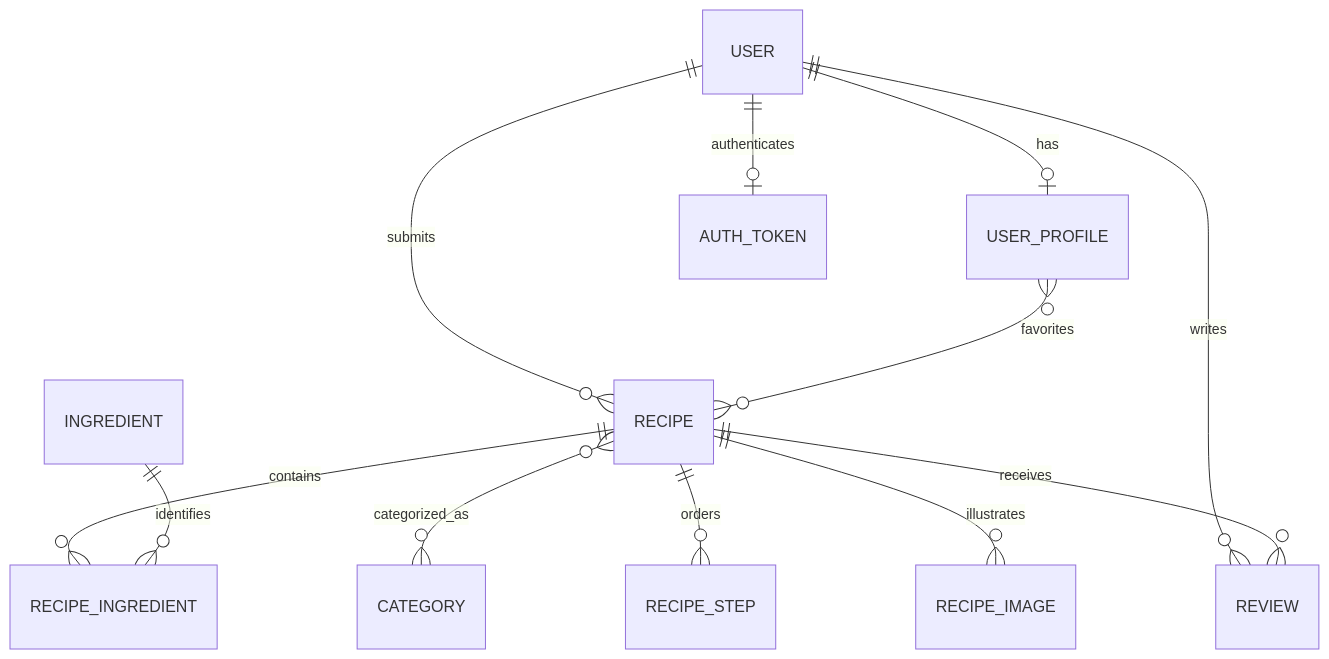
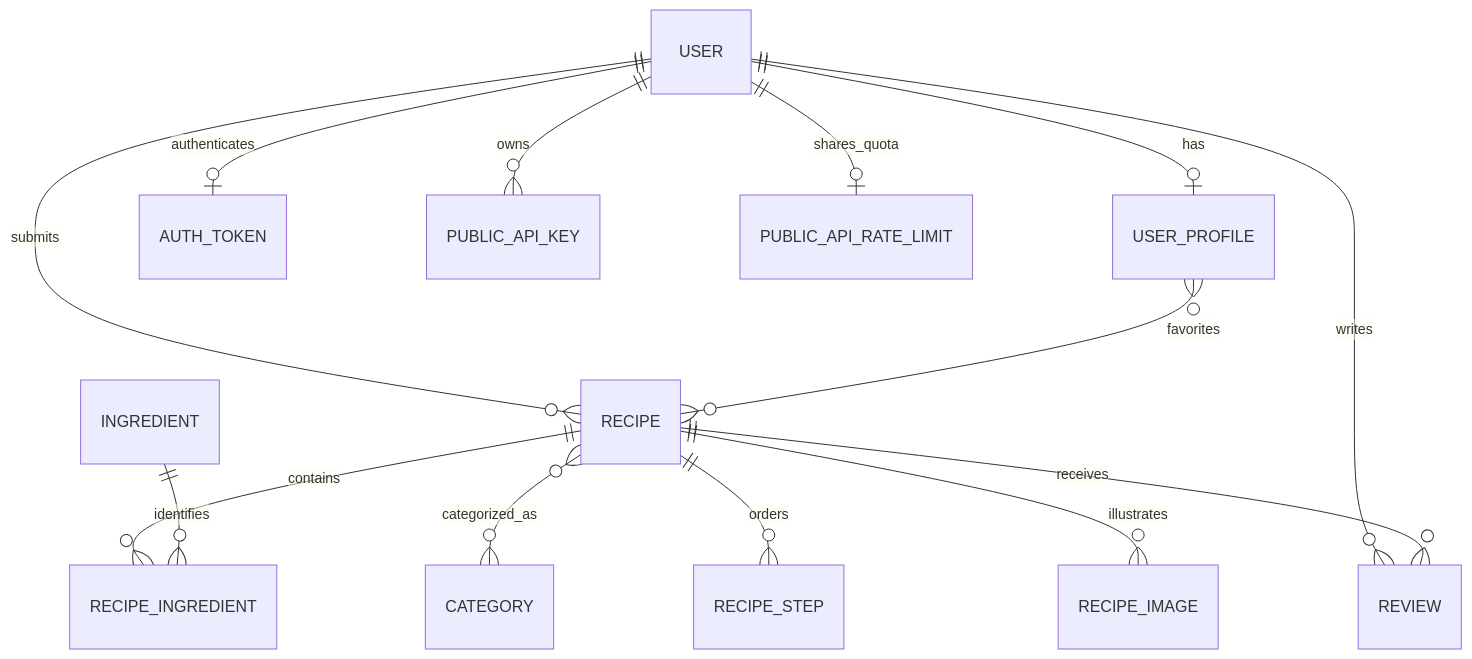
The diagram in README.md (theetom/transcendence_aggregate), drawn with Mermaid before and after one commit. The commit also changed other lines of this file and 32 other files, not shown here.

Commit message:
Add secured public recipe API with rate limiting and account key controls

````diff
--- a/README.md
+++ b/README.md
@@ -153,14 +153,16 @@
 ```mermaid
 erDiagram
     USER ||--o| USER_PROFILE : has
     USER ||--o| AUTH_TOKEN : authenticates
+    USER ||--o{ PUBLIC_API_KEY : owns
+    USER ||--o| PUBLIC_API_RATE_LIMIT : shares_quota
     USER ||--o{ RECIPE : submits
     USER ||--o{ REVIEW : writes
     USER_PROFILE }o--o{ RECIPE : favorites
     RECIPE ||--o{ RECIPE_INGREDIENT : contains
     INGREDIENT ||--o{ RECIPE_INGREDIENT : identifies
     RECIPE }o--o{ CATEGORY : categorized_as
     RECIPE ||--o{ RECIPE_STEP : orders
     RECIPE ||--o{ RECIPE_IMAGE : illustrates
     RECIPE ||--o{ REVIEW : receives
 ```
````
